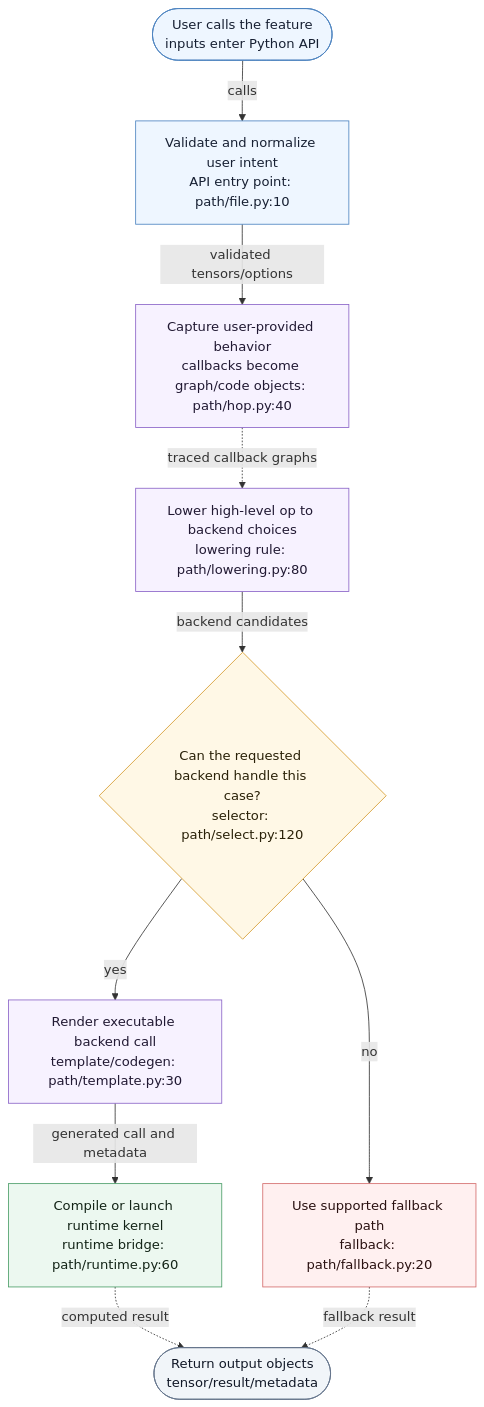
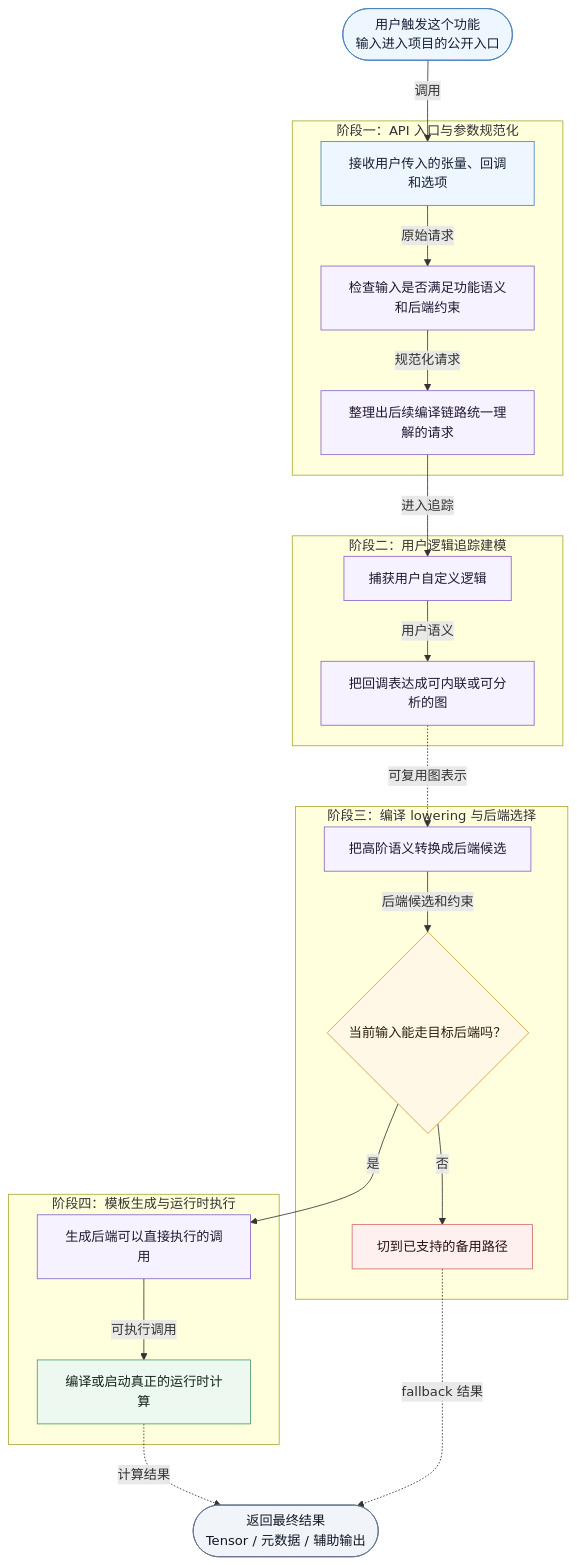
One commit to WanhaoZhang/agent-skills changed the first of 2 diagrams in feature-code-tour/references/workflow.md. Above: the diagram before and after it, drawn with Mermaid. The commit also changed other lines of this file and 2 other files, not shown here.

Commit message:
feat: polish feature tour report format

````diff
--- a/feature-code-tour/references/workflow.md
+++ b/feature-code-tour/references/workflow.md
@@ -95,44 +117,63 @@
 ```mermaid
 flowchart TD
-    START(["User calls the feature<br/>inputs enter Python API"])
+    START(["用户触发这个功能<br/>输入进入项目的公开入口"])
 
-    API["Validate and normalize user intent<br/>API entry point: path/file.py:10"]
-    TRACE["Capture user-provided behavior<br/>callbacks become graph/code objects: path/hop.py:40"]
-    LOWER["Lower high-level op to backend choices<br/>lowering rule: path/lowering.py:80"]
-    SELECT{"Can the requested backend handle this case?<br/>selector: path/select.py:120"}
-    TEMPLATE["Render executable backend call<br/>template/codegen: path/template.py:30"]
-    RUNTIME["Compile or launch runtime kernel<br/>runtime bridge: path/runtime.py:60"]
-    FALLBACK["Use supported fallback path<br/>fallback: path/fallback.py:20"]
-    OUT(["Return output objects<br/>tensor/result/metadata"])
+    subgraph API_STAGE["阶段一：API 入口与参数规范化"]
+        API_IN["接收用户传入的张量、回调和选项"]
+        API_CHECK["检查输入是否满足功能语义和后端约束"]
+        API_OUT["整理出后续编译链路统一理解的请求"]
+    end
 
-    START -->|calls| API
-    API -->|validated tensors/options| TRACE
-    TRACE -. traced callback graphs .-> LOWER
-    LOWER -->|backend candidates| SELECT
-    SELECT -- yes --> TEMPLATE
-    SELECT -- no --> FALLBACK
-    TEMPLATE -->|generated call and metadata| RUNTIME
-    RUNTIME -. computed result .-> OUT
-    FALLBACK -. fallback result .-> OUT
+    subgraph TRACE_STAGE["阶段二：用户逻辑追踪建模"]
+        TRACE_CAPTURE["捕获用户自定义逻辑"]
+        TRACE_GRAPH["把回调表达成可内联或可分析的图"]
+    end
+
+    subgraph LOWER_STAGE["阶段三：编译 lowering 与后端选择"]
+        LOWER_BUILD["把高阶语义转换成后端候选"]
+        LOWER_SELECT{"当前输入能走目标后端吗？"}
+        LOWER_FALLBACK["切到已支持的备用路径"]
+    end
+
+    subgraph TEMPLATE_STAGE["阶段四：模板生成与运行时执行"]
+        TEMPLATE_RENDER["生成后端可以直接执行的调用"]
+        RUNTIME_RUN["编译或启动真正的运行时计算"]
+    end
+
+    OUT(["返回最终结果<br/>Tensor / 元数据 / 辅助输出"])
+
+    START -->|调用| API_IN
+    API_IN -->|原始请求| API_CHECK
+    API_CHECK -->|规范化请求| API_OUT
+    API_OUT -->|进入追踪| TRACE_CAPTURE
+    TRACE_CAPTURE -->|用户语义| TRACE_GRAPH
+    TRACE_GRAPH -. 可复用图表示 .-> LOWER_BUILD
+    LOWER_BUILD -->|后端候选和约束| LOWER_SELECT
+    LOWER_SELECT -- 是 --> TEMPLATE_RENDER
+    LOWER_SELECT -- 否 --> LOWER_FALLBACK
+    TEMPLATE_RENDER -->|可执行调用| RUNTIME_RUN
+    RUNTIME_RUN -. 计算结果 .-> OUT
+    LOWER_FALLBACK -. fallback 结果 .-> OUT
 
     classDef entry fill:#eef6ff,stroke:#4b83c0,color:#172033
     classDef transform fill:#f7f2ff,stroke:#8a63c7,color:#211933
     classDef decision fill:#fff8e6,stroke:#d49a2a,color:#2a2108
     classDef backend fill:#ecf8f0,stroke:#4a9d67,color:#132417
     classDef fallback fill:#fff0f0,stroke:#d36b6b,color:#2a1111
     classDef output fill:#f1f5f9,stroke:#64748b,color:#111827
 
-    class START,API entry
-    class TRACE,LOWER,TEMPLATE transform
-    class SELECT decision
-    class RUNTIME backend
-    class FALLBACK fallback
+    class START,API_IN entry
+    class API_CHECK,API_OUT,TRACE_CAPTURE,TRACE_GRAPH,LOWER_BUILD,TEMPLATE_RENDER transform
+    class LOWER_SELECT decision
+    class RUNTIME_RUN backend
+    class LOWER_FALLBACK fallback
     class OUT output
 
-    click API "vscode://file/<absolute-path>/path/file.py:10:1"
-    click TRACE "vscode://file/<absolute-path>/path/hop.py:40:1"
-    click LOWER "vscode://file/<absolute-path>/path/lowering.py:80:1"
-    click SELECT "vscode://file/<absolute-path>/path/select.py:120:1"
-    click TEMPLATE "vscode://file/<absolute-path>/path/template.py:30:1"
-    click RUNTIME "vscode://file/<absolute-path>/path/runtime.py:60:1"
+    click API_IN "vscode://file/<absolute-path>/path/file.py:10:1"
+    click API_CHECK "vscode://file/<absolute-path>/path/file.py:24:1"
+    click TRACE_CAPTURE "vscode://file/<absolute-path>/path/hop.py:40:1"
+    click LOWER_BUILD "vscode://file/<absolute-path>/path/lowering.py:80:1"
+    click LOWER_SELECT "vscode://file/<absolute-path>/path/select.py:120:1"
+    click TEMPLATE_RENDER "vscode://file/<absolute-path>/path/template.py:30:1"
+    click RUNTIME_RUN "vscode://file/<absolute-path>/path/runtime.py:60:1"
 ```
````
